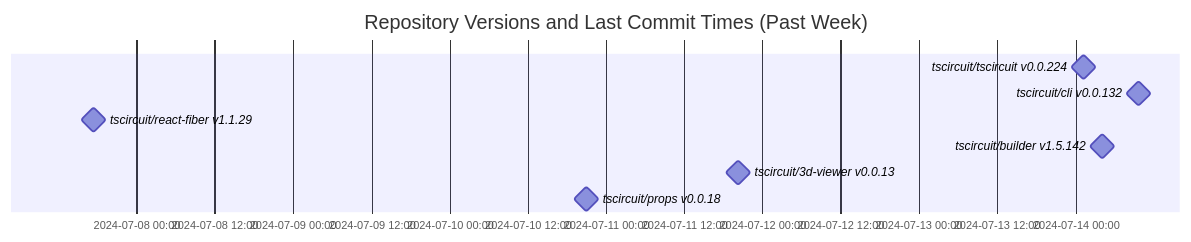
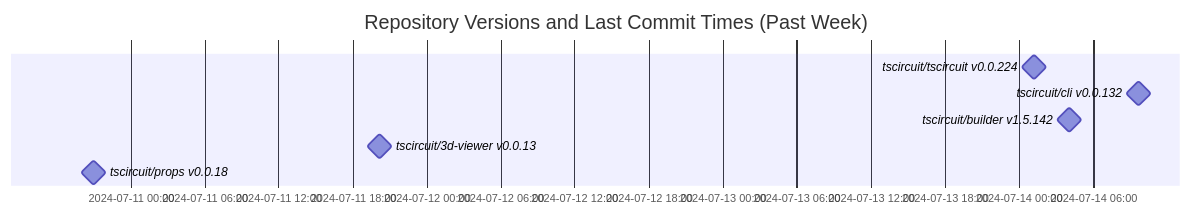
Before and after one commit to tscircuit/version-tracker: the diagram in README.md, drawn with Mermaid.

Commit message:
Update chart

````diff
--- a/README.md
+++ b/README.md
@@ -1,13 +1,12 @@
 ```mermaid
 gantt
   dateFormat  YYYY-MM-DD HH:mm:ss
   title Repository Versions and Last Commit Times (Past Week)
   axisFormat %Y-%m-%d %H:%M
 
   tscircuit/tscircuit v0.0.224 : milestone, 2024-07-14 01:11:10, 1s
   tscircuit/cli v0.0.132 : milestone, 2024-07-14 09:42:00, 1s
-  tscircuit/react-fiber v1.1.29 : milestone, 2024-07-07 17:23:26, 1s
   tscircuit/builder v1.5.142 : milestone, 2024-07-14 04:03:17, 1s
   tscircuit/3d-viewer v0.0.13 : milestone, 2024-07-11 20:12:35, 1s
   tscircuit/props v0.0.18 : milestone, 2024-07-10 20:59:29, 1s
 ```
````
